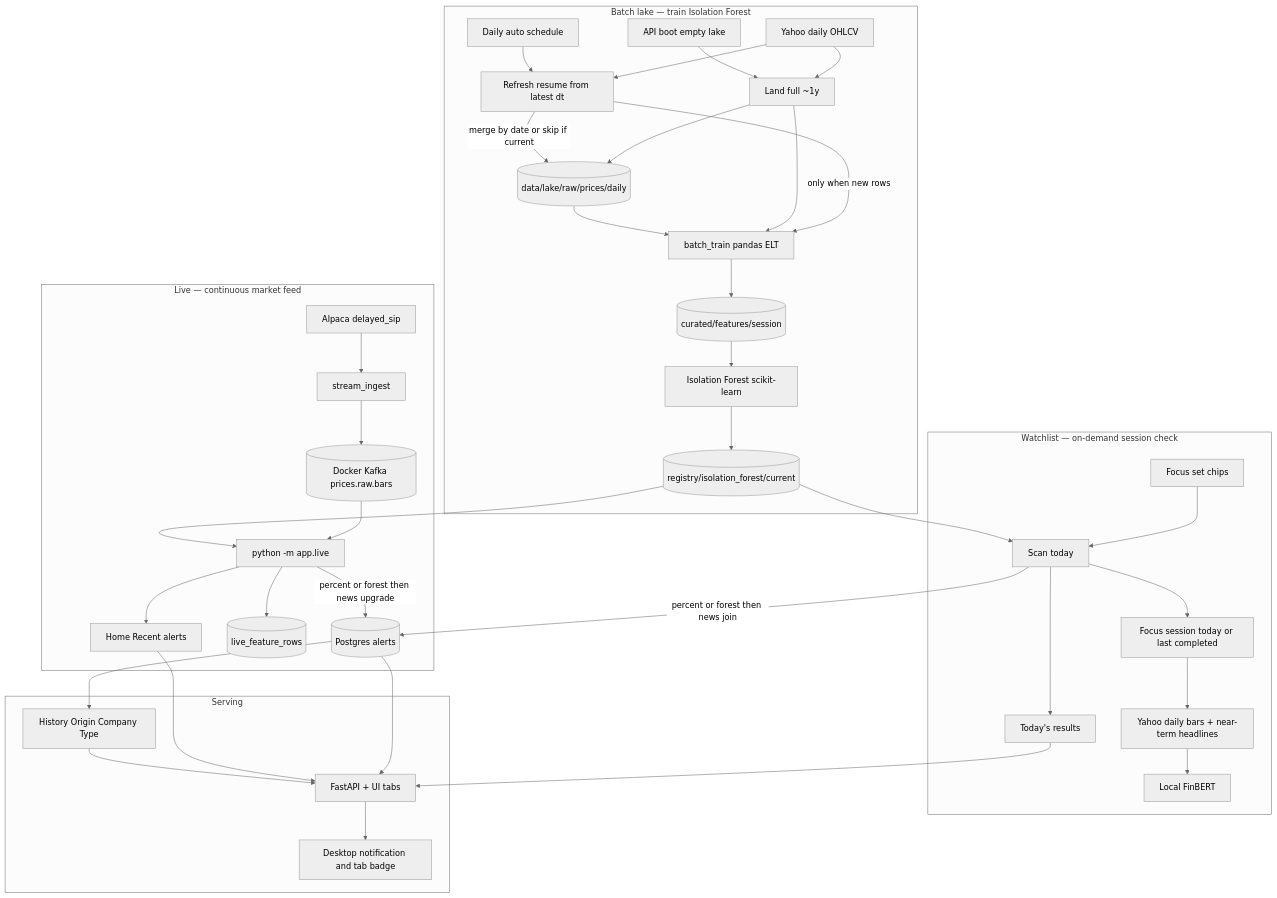
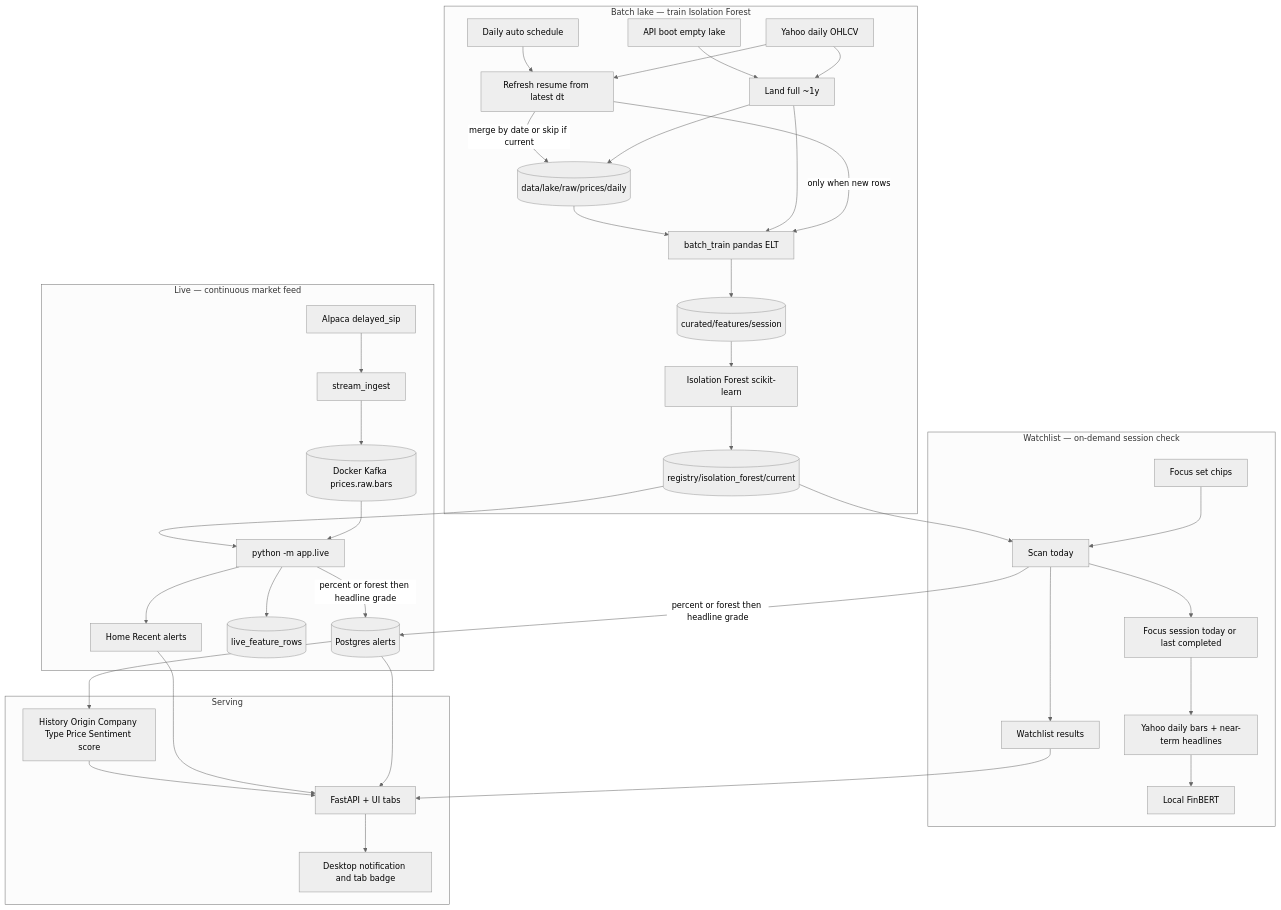
The first of 10 diagrams in docs/architecture.md (sameerde4/ticker-alert-system), drawn with Mermaid (neutral theme) before and after one commit. The commit also changed other lines of this file and 5 other files, not shown here.

````diff
--- a/docs/architecture.md
+++ b/docs/architecture.md
@@ -95,46 +95,46 @@
 ```mermaid
 flowchart TB
     subgraph batch [Batch lake — train Isolation Forest]
         YF[Yahoo daily OHLCV] --> LAND[Land full ~1y]
         YF --> REF[Refresh resume from latest dt]
         BOOT[API boot empty lake] --> LAND
         SCHED[Daily auto schedule] --> REF
         LAND --> RAW[(data/lake/raw/prices/daily)]
         REF -->|merge by date or skip if current| RAW
         REF -->|only when new rows| BT[batch_train pandas ELT]
         LAND --> BT
         RAW --> BT
         BT --> CUR[(curated/features/session)]
         CUR --> IF[Isolation Forest scikit-learn]
         IF --> REG[(registry/isolation_forest/current)]
     end
 
     subgraph stream [Live — continuous market feed]
         ALP[Alpaca delayed_sip] --> PROD[stream_ingest]
         PROD --> KAFKA[(Docker Kafka prices.raw.bars)]
         KAFKA --> LIVE[python -m app.live]
         REG --> LIVE
-        LIVE -->|percent or forest then news upgrade| PG[(Postgres alerts)]
+        LIVE -->|percent or forest then headline grade| PG[(Postgres alerts)]
         LIVE --> FEAT[(live_feature_rows)]
         LIVE --> HOME[Home Recent alerts]
     end
 
     subgraph watch [Watchlist — on-demand session check]
         WL[Focus set chips] --> RUN[Scan today]
         RUN --> FOCUS[Focus session today or last completed]
         FOCUS --> YB[Yahoo daily bars + near-term headlines]
         YB --> FB[Local FinBERT]
         REG --> RUN
-        RUN -->|percent or forest then news join| PG
-        RUN --> CHECK[Today's results]
+        RUN -->|percent or forest then headline grade| PG
+        RUN --> CHECK[Watchlist results]
     end
 
     subgraph serve [Serving]
-        PG --> HIST[History Origin Company Type]
+        PG --> HIST[History Origin Company Type Price Sentiment score]
         PG --> API[FastAPI + UI tabs]
         API --> NOTE[Desktop notification and tab badge]
         HOME --> API
         CHECK --> API
         HIST --> API
     end
 ```
````
